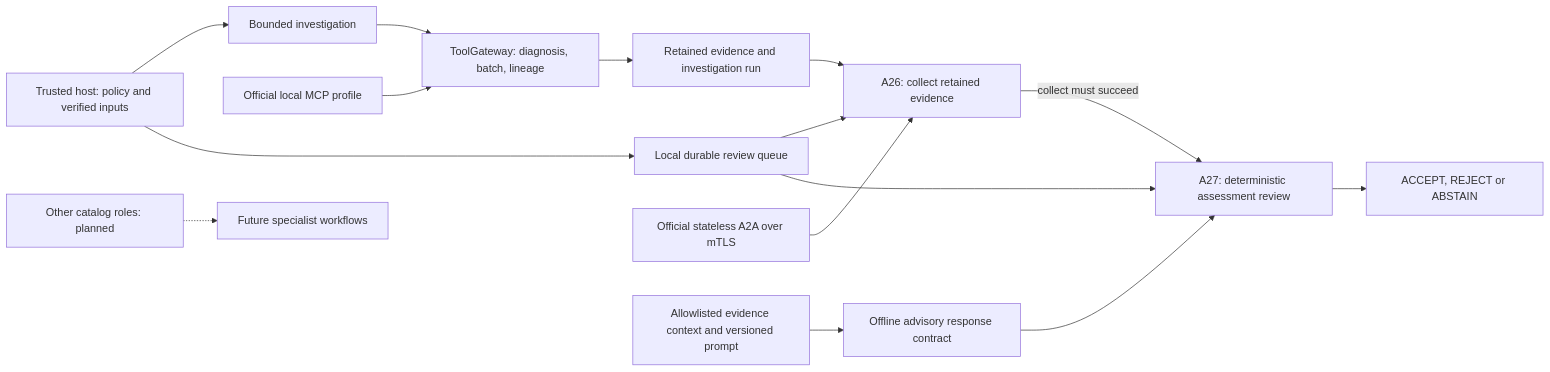
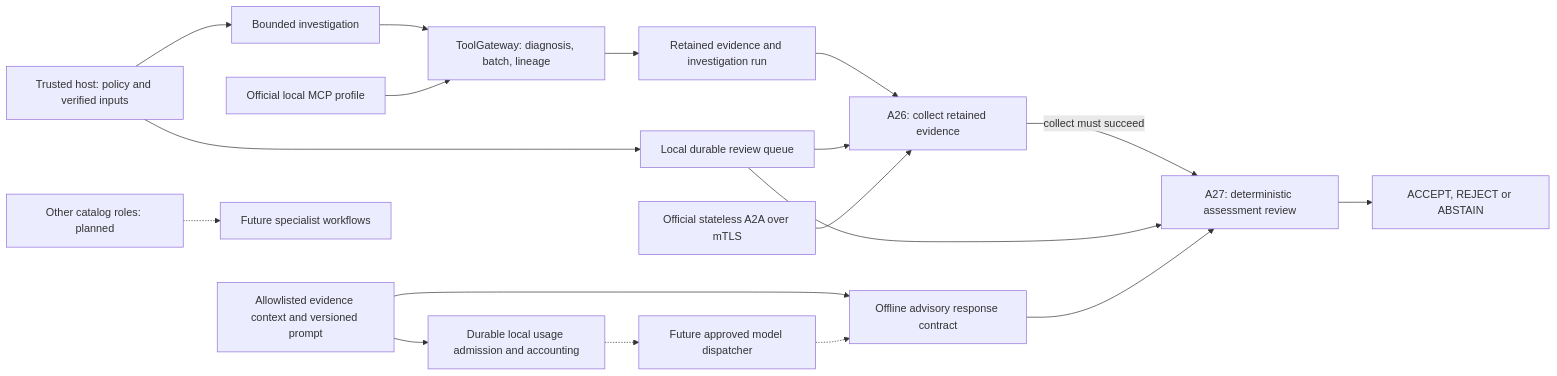
The first of 2 diagrams in docs/agents/README.md (mirackeser/aegisflow-data-reliability), drawn with Mermaid before and after one commit. The commit also changed 10 other files, not shown here.

Commit message:
feat(advisory): add durable usage admission and accounting

````diff
--- a/docs/agents/README.md
+++ b/docs/agents/README.md
@@ -7,17 +7,20 @@
 ```mermaid
 flowchart LR
   Host[Trusted host: policy and verified inputs] --> Workflow[Bounded investigation]
   Workflow --> Tools[ToolGateway: diagnosis, batch, lineage]
   Tools --> Runs[Retained evidence and investigation run]
   Runs --> A26[A26: collect retained evidence]
   A26 -->|collect must succeed| A27[A27: deterministic assessment review]
   A27 --> Verdict[ACCEPT, REJECT or ABSTAIN]
   Host --> Queue[Local durable review queue]
   Queue --> A26
   Queue --> A27
   MCP[Official local MCP profile] --> Tools
   A2A[Official stateless A2A over mTLS] --> A26
   Offline[Offline advisory response contract] --> A27
   Context[Allowlisted evidence context and versioned prompt] --> Offline
+  Context --> Usage[Durable local usage admission and accounting]
+  Usage -.-> Adapter[Future approved model dispatcher]
+  Adapter -.-> Offline
   Planned[Other catalog roles: planned] -.-> Future[Future specialist workflows]
 ```
````
